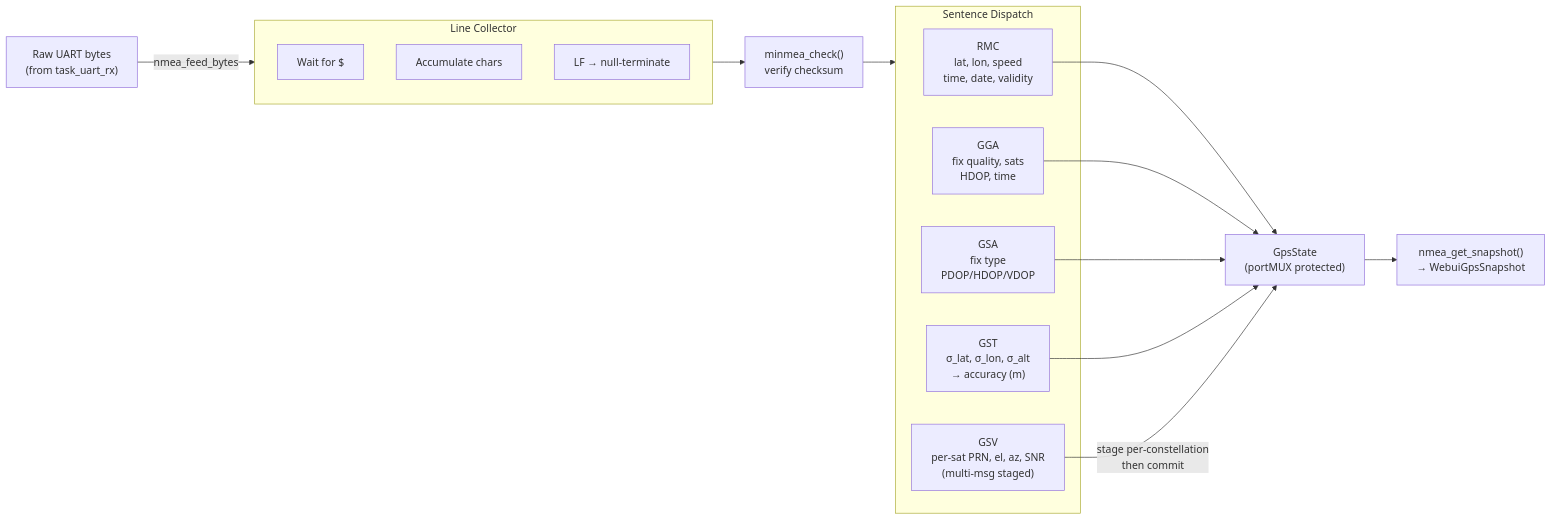
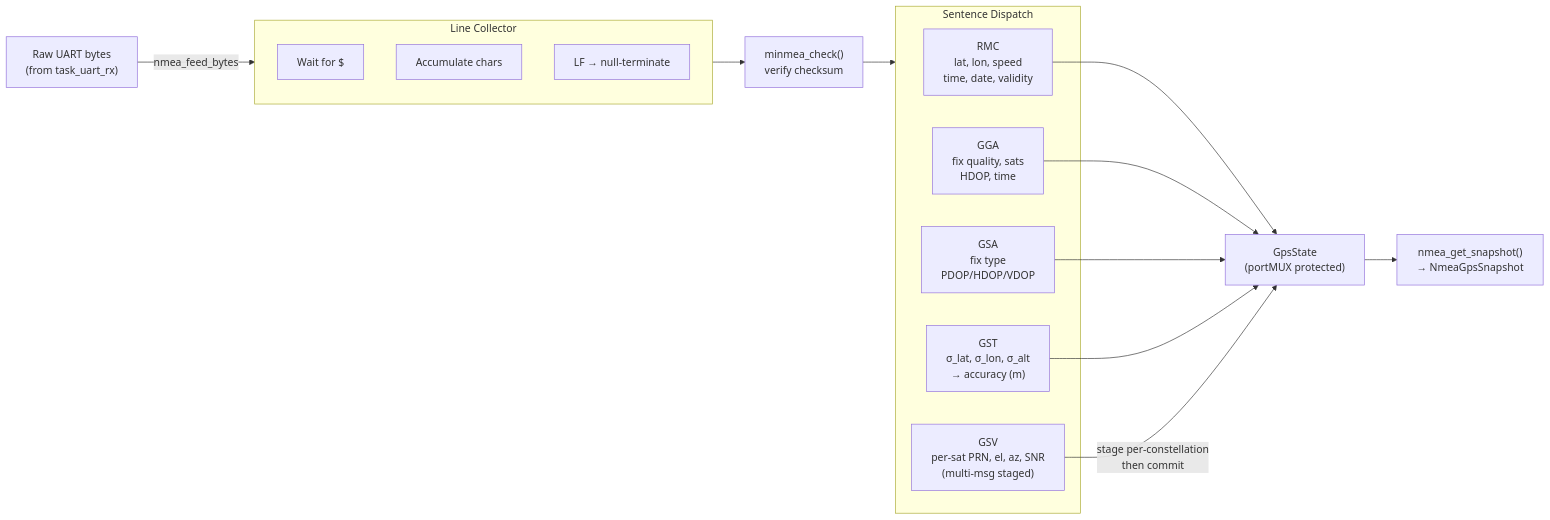
Before and after one commit to entr0-pi/gnss: the tenth of 10 diagrams in DIAGRAM.md, drawn with Mermaid. The commit also changed other lines of this file and 34 other files, not shown here.

````diff
--- a/DIAGRAM.md
+++ b/DIAGRAM.md
@@ -237,29 +586,29 @@
 ```mermaid
 flowchart LR
   UART["Raw UART bytes<br>(from task_uart_rx)"]
 
   subgraph collector["Line Collector"]
     DOLLAR["Wait for $"]
     ACCUM["Accumulate chars"]
     NEWLINE["LF → null-terminate"]
   end
 
   CHECK["minmea_check()<br>verify checksum"]
 
   subgraph dispatch["Sentence Dispatch"]
     RMC["RMC<br>lat, lon, speed<br>time, date, validity"]
     GGA["GGA<br>fix quality, sats<br>HDOP, time"]
     GSA["GSA<br>fix type<br>PDOP/HDOP/VDOP"]
     GST["GST<br>σ_lat, σ_lon, σ_alt<br>→ accuracy (m)"]
     GSV["GSV<br>per-sat PRN, el, az, SNR<br>(multi-msg staged)"]
   end
 
   STATE["GpsState<br>(portMUX protected)"]
-  SNAP["nmea_get_snapshot()<br>→ WebuiGpsSnapshot"]
+  SNAP["nmea_get_snapshot()<br>→ NmeaGpsSnapshot"]
 
   UART -->|nmea_feed_bytes| collector
   collector --> CHECK --> dispatch
   RMC & GGA & GSA & GST --> STATE
   GSV -->|"stage per-constellation<br>then commit"| STATE
   STATE --> SNAP
 ```
````
